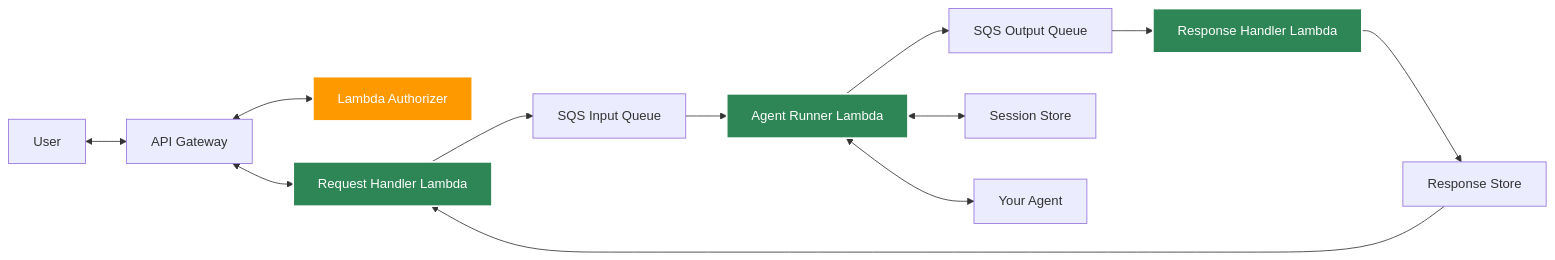
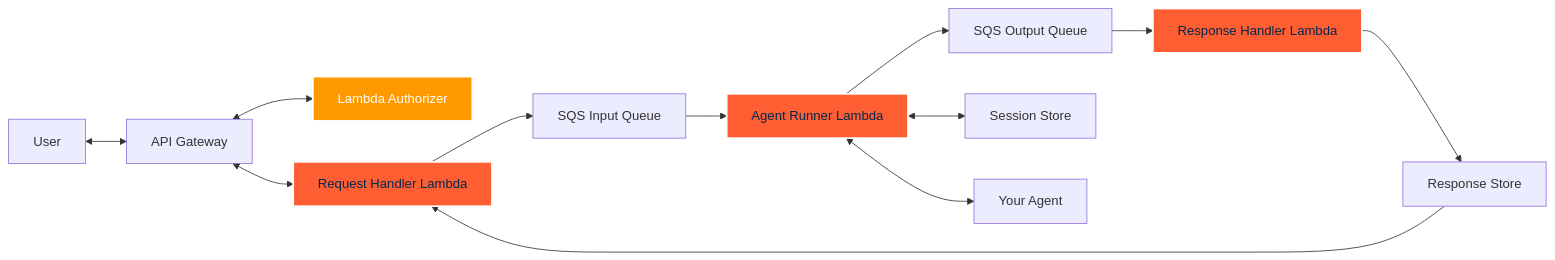
One commit to yaalalabs/agent-kernel changed the second of 6 diagrams in docs/docs/deployment/aws-serverless.md. Above: the diagram before and after it, drawn with Mermaid. The commit also changed other lines of this file and 444 other files, not shown here.

````diff
--- a/docs/docs/deployment/aws-serverless.md
+++ b/docs/docs/deployment/aws-serverless.md
@@ -46,23 +46,23 @@
 ```mermaid
 graph LR
     A[User] <--> B[API Gateway]
     B <--> C[Lambda Authorizer]
     B <--> D[Request Handler Lambda]
     
     D --> E[SQS Input Queue]
     E --> F[Agent Runner Lambda]
     
     F --> G[SQS Output Queue]
     G --> H[Response Handler Lambda]
     
     H --> I[Response Store]
     I --> D
     
     F <--> J[Session Store]
     F <--> K[Your Agent]
     
     style C fill:#ff9900,stroke:#fff,stroke-width:2px,color:#fff
-    style D fill:#2e8555,stroke:#fff,stroke-width:2px,color:#fff
-    style F fill:#2e8555,stroke:#fff,stroke-width:2px,color:#fff
-    style H fill:#2e8555,stroke:#fff,stroke-width:2px,color:#fff
+    style D fill:#FF5E32,stroke:#fff,stroke-width:2px,color:#02284F
+    style F fill:#FF5E32,stroke:#fff,stroke-width:2px,color:#02284F
+    style H fill:#FF5E32,stroke:#fff,stroke-width:2px,color:#02284F
 ```
````
